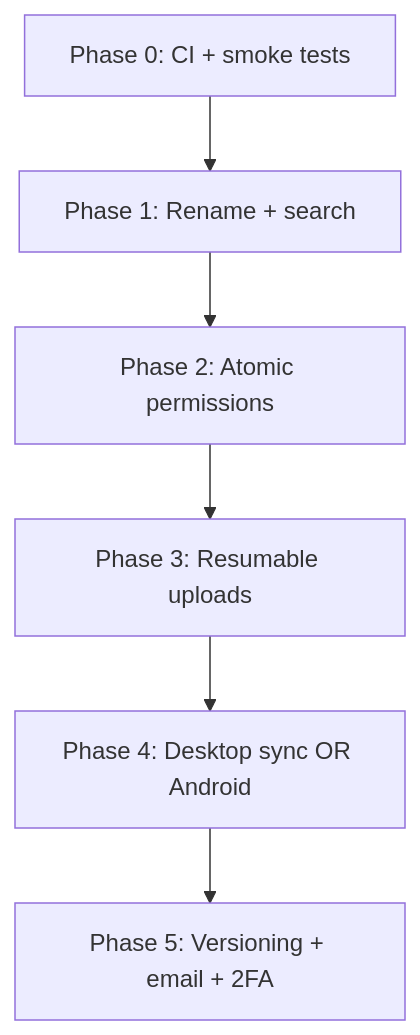
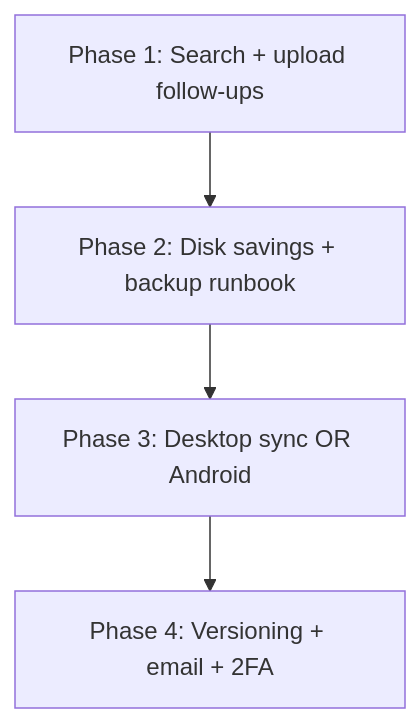
One commit to AsP3X/ownly changed the diagram in docs/improvement-roadmap.md. Above: the diagram before and after it, drawn with Mermaid. The commit also changed other lines of this file and 4 other files, not shown here.

````diff
--- a/docs/improvement-roadmap.md
+++ b/docs/improvement-roadmap.md
@@ -761,8 +502,6 @@
 ```mermaid
 flowchart TD
-    A["Phase 0: CI + smoke tests"] --> B["Phase 1: Rename + search"]
-    B --> C["Phase 2: Atomic permissions"]
-    C --> D["Phase 3: Resumable uploads"]
-    D --> E["Phase 4: Desktop sync OR Android"]
-    E --> F["Phase 5: Versioning + email + 2FA"]
+    A["Phase 1: Search + upload follow-ups"] --> B["Phase 2: Disk savings + backup runbook"]
+    B --> C["Phase 3: Desktop sync OR Android"]
+    C --> D["Phase 4: Versioning + email + 2FA"]
 ```
````
